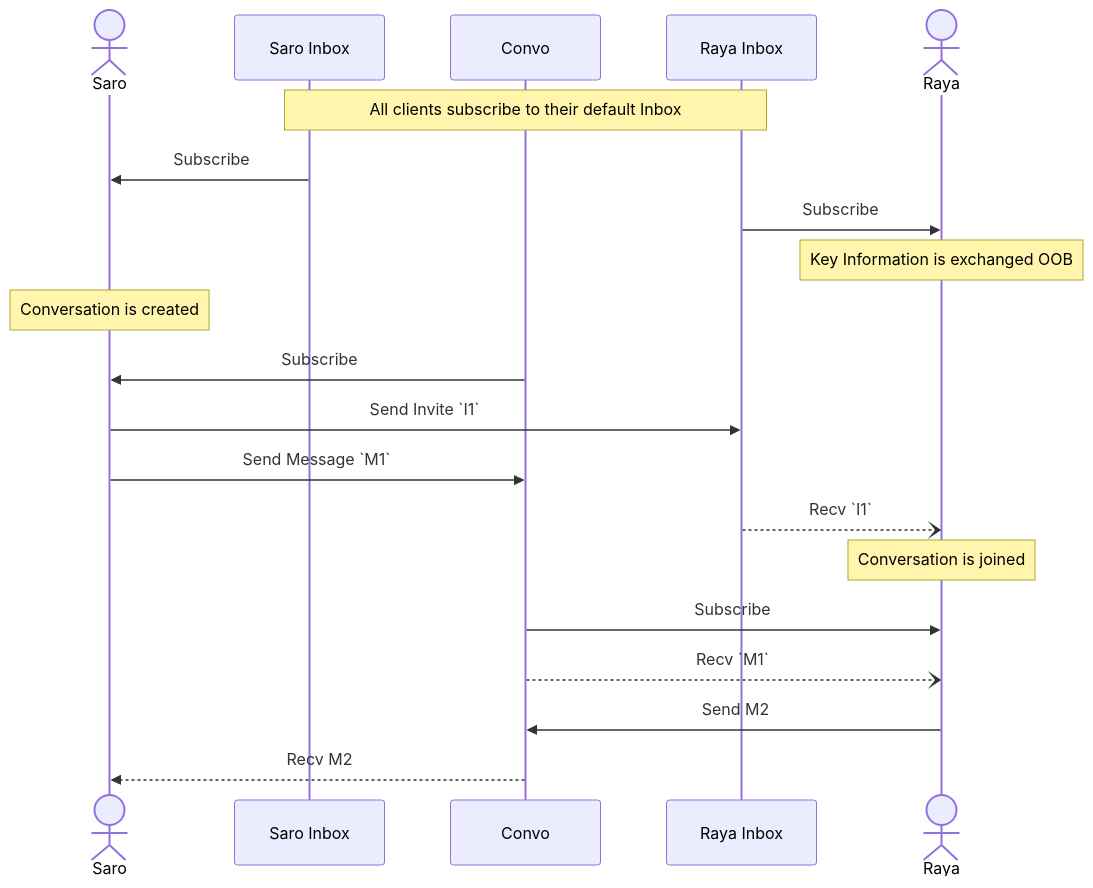
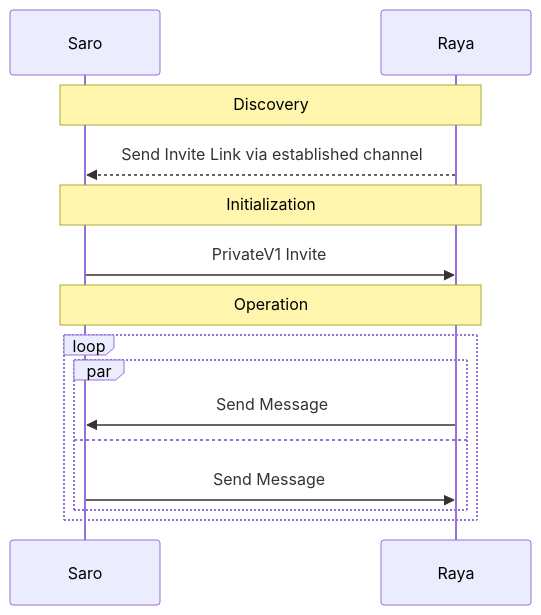
The diagram in README.md (waku-org/nim-chat-poc), drawn with Mermaid before and after one commit. The commit also changed other lines of this file, not shown here.

````diff
--- a/README.md
+++ b/README.md
@@ -41,29 +32,20 @@
  ```mermaid
 sequenceDiagram
-    actor S as Saro 
-    participant SI as Saro Inbox 
-    participant C as Convo 
-    participant RI as Raya Inbox 
-    actor R as Raya 
+    participant S as Saro
+    participant R as Raya
 
+    Note over R,S: Discovery
+    R -->> S: Send Invite Link via established channel
 
-    Note over SI,RI: All clients subscribe to their default Inbox
+    Note over R,S: Initialization
+    S ->> R: PrivateV1 Invite
 
-    SI ->> S: Subscribe
-    RI ->> R: Subscribe
-
-    Note over R: Key Information is exchanged OOB 
-    
-    Note over S: Conversation is created
-    C ->> S : Subscribe
-    S ->> RI : Send Invite `I1`
-    S ->> C : Send Message `M1`
-
-    RI --) R : Recv `I1`
-    Note over R: Conversation is joined
-    C ->> R : Subscribe
-    C --) R: Recv `M1`
-
-    R ->> C: Send M2
-    C -->> S: Recv M2
+    Note over R,S: Operation
+    loop
+        par
+            R->> S: Send Message
+        and
+            S->> R: Send Message
+        end
+    end
  ```
````
